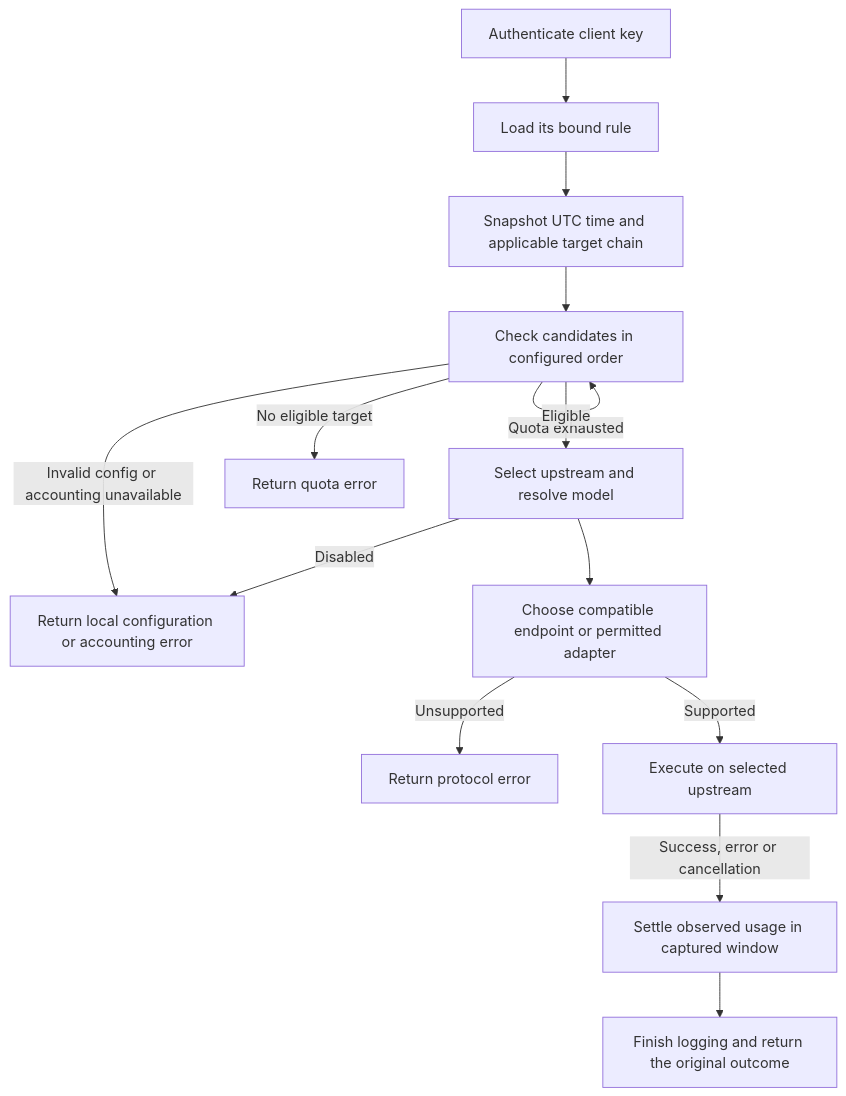
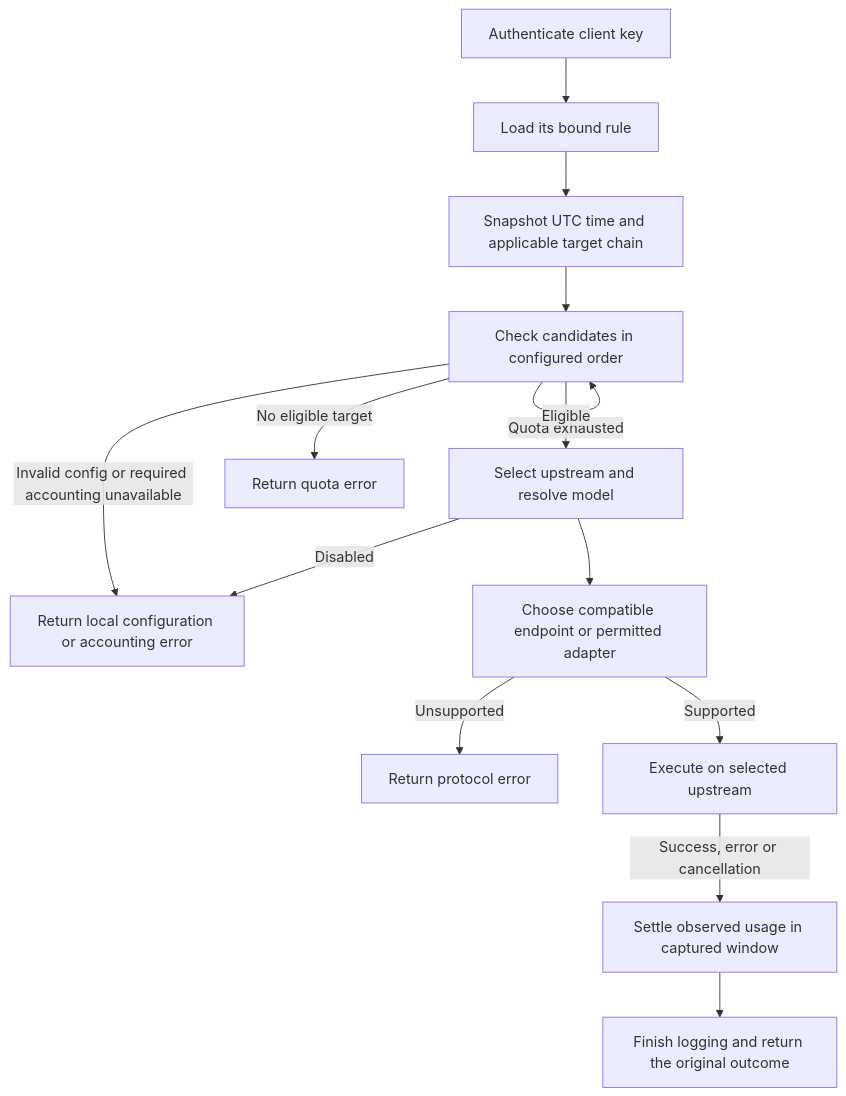
The diagram in docs/28-key-bound-routing.md (nocoo/raven), drawn with Mermaid before and after one commit. The commit also changed other lines of this file, not shown here.

````diff
--- a/docs/28-key-bound-routing.md
+++ b/docs/28-key-bound-routing.md
@@ -157,16 +157,16 @@
 ```mermaid
 flowchart TD
     A[Authenticate client key] --> B[Load its bound rule]
     B --> C[Snapshot UTC time and applicable target chain]
     C --> D[Check candidates in configured order]
-    D -->|Invalid config or accounting unavailable| K[Return local configuration or accounting error]
+    D -->|Invalid config or required accounting unavailable| K[Return local configuration or accounting error]
     D -->|Quota exhausted| D
     D -->|Eligible| E[Select upstream and resolve model]
     D -->|No eligible target| Q[Return quota error]
     E -->|Disabled| K
     E --> F[Choose compatible endpoint or permitted adapter]
     F -->|Unsupported| X[Return protocol error]
     F -->|Supported| G[Execute on selected upstream]
     G -->|Success, error or cancellation| H[Settle observed usage in captured window]
     H --> I[Finish logging and return the original outcome]
 ```
````
